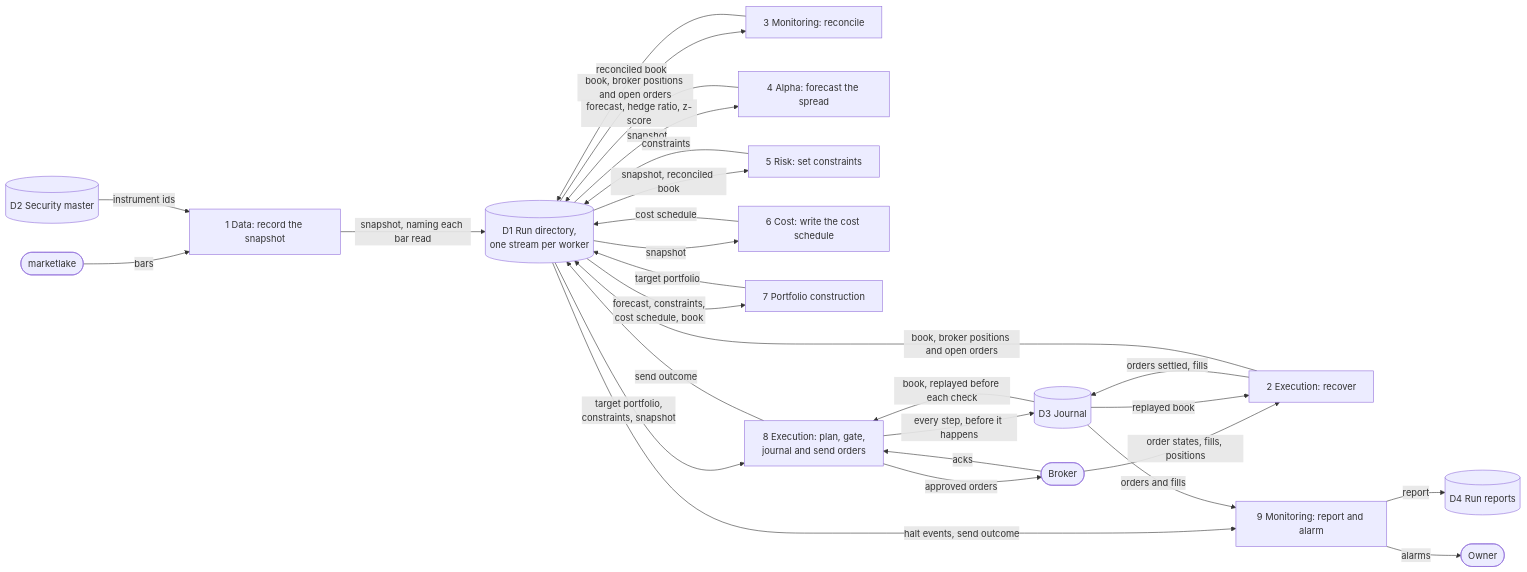
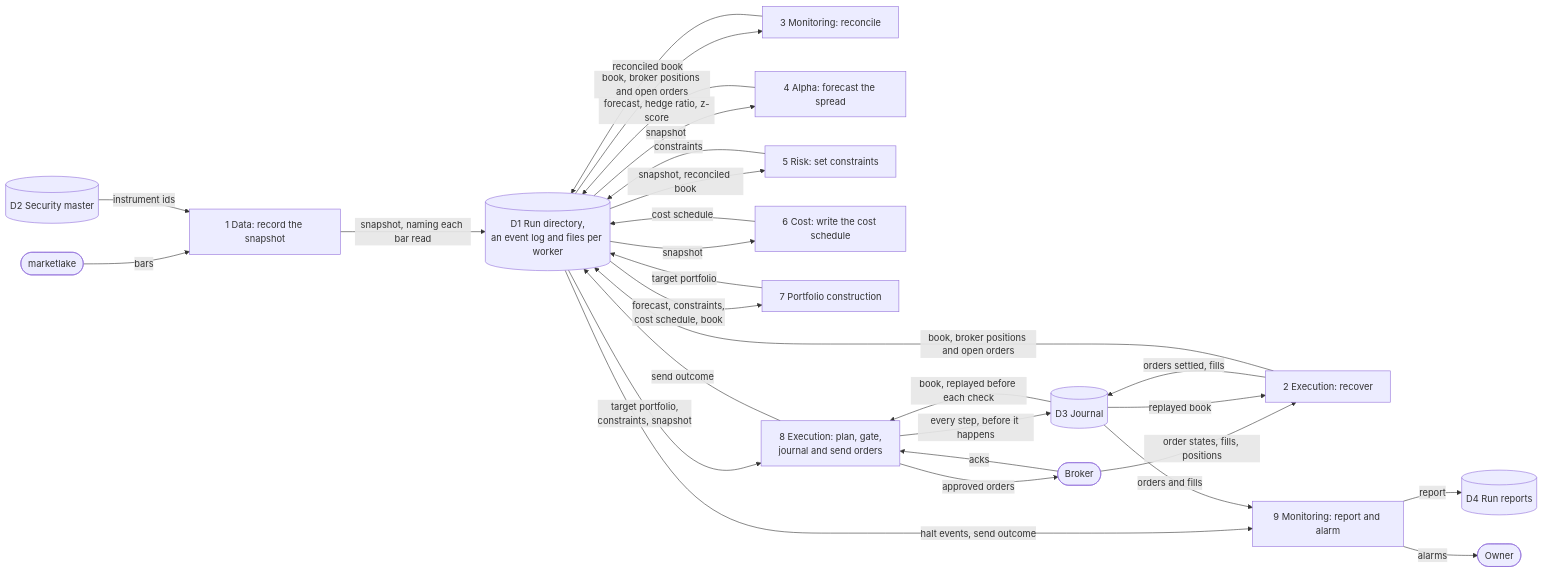
One commit to l3a0/ithildin-runtime changed the third of 16 diagrams in docs/architecture.md. Above: the diagram before and after it, drawn with Mermaid. The commit also changed other lines of this file and 1 other file, not shown here.

````diff
--- a/docs/architecture.md
+++ b/docs/architecture.md
@@ -371,49 +375,49 @@
 ```mermaid
 flowchart LR
     vendor(["marketlake"])
     brokerx(["Broker"])
     ownerx(["Owner"])
 
     p1["1 Data: record the snapshot"]
     p2["2 Execution: recover"]
     p3["3 Monitoring: reconcile"]
     p4["4 Alpha: forecast the spread"]
     p5["5 Risk: set constraints"]
     p6["6 Cost: write the cost schedule"]
     p7["7 Portfolio construction"]
     p8["8 Execution: plan, gate,<br/>journal and send orders"]
     p9["9 Monitoring: report and alarm"]
 
-    d1[("D1 Run directory,<br/>one stream per worker")]
+    d1[("D1 Run directory,<br/>an event log and files per worker")]
     d2[("D2 Security master")]
     d3[("D3 Journal")]
     d4[("D4 Run reports")]
 
     vendor -->|"bars"| p1
     d2 -->|"instrument ids"| p1
     p1 -->|"snapshot, naming each bar read"| d1
     brokerx -->|"order states, fills, positions"| p2
     p2 -->|"orders settled, fills"| d3
     d3 -->|"replayed book"| p2
     p2 -->|"book, broker positions and open orders"| d1
     d1 -->|"book, broker positions and open orders"| p3
     p3 -->|"reconciled book"| d1
     d1 -->|"snapshot"| p4
     p4 -->|"forecast, hedge ratio, z-score"| d1
     d1 -->|"snapshot, reconciled book"| p5
     p5 -->|"constraints"| d1
     d1 -->|"snapshot"| p6
     p6 -->|"cost schedule"| d1
     d1 -->|"forecast, constraints,<br/>cost schedule, book"| p7
     p7 -->|"target portfolio"| d1
     d1 -->|"target portfolio,<br/>constraints, snapshot"| p8
     d3 -->|"book, replayed before each check"| p8
     p8 -->|"every step, before it happens"| d3
     p8 -->|"approved orders"| brokerx
     brokerx -->|"acks"| p8
     p8 -->|"send outcome"| d1
     d1 -->|"halt events, send outcome"| p9
     d3 -->|"orders and fills"| p9
     p9 -->|"report"| d4
     p9 -->|"alarms"| ownerx
 ```
````
